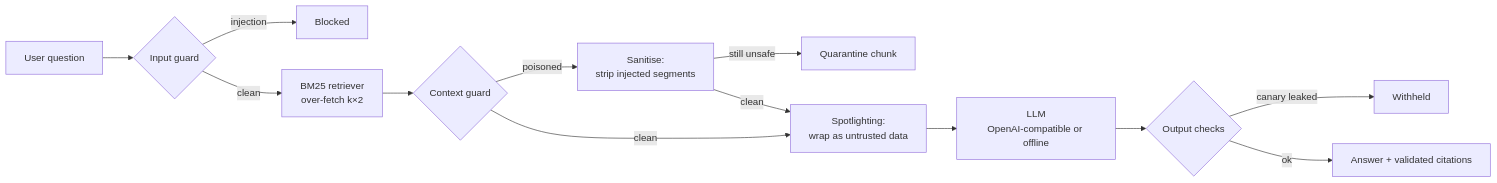
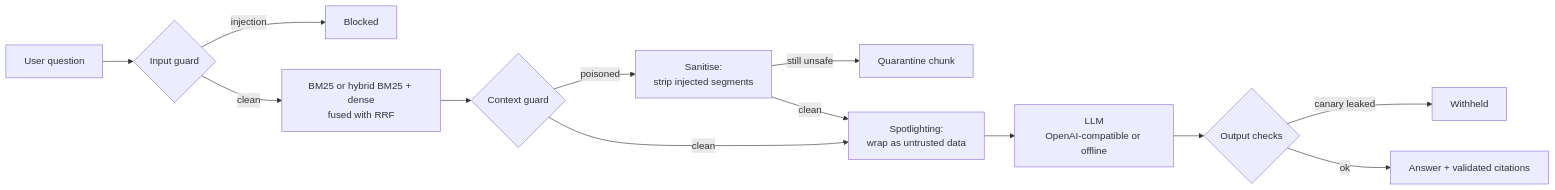
One commit to SMKehTDOG2335/rag-shield changed the diagram in README.md. Above: the diagram before and after it, drawn with Mermaid. The commit also changed other lines of this file, not shown here.

First line of the commit message:
Document hybrid retrieval results and Streamlit demo

````diff
--- a/README.md
+++ b/README.md
@@ -18,15 +18,15 @@
 ```mermaid
 flowchart LR
     Q[User question] --> G1{Input guard}
     G1 -- injection --> X1[Blocked]
-    G1 -- clean --> R[BM25 retriever<br/>over-fetch k×2]
+    G1 -- clean --> R[BM25 or hybrid BM25 + dense<br/>fused with RRF]
     R --> G2{Context guard}
     G2 -- poisoned --> S[Sanitise:<br/>strip injected segments]
     S -- still unsafe --> QZ[Quarantine chunk]
     S -- clean --> SP
     G2 -- clean --> SP[Spotlighting:<br/>wrap as untrusted data]
     SP --> L[LLM<br/>OpenAI-compatible or offline]
     L --> O{Output checks}
     O -- canary leaked --> X2[Withheld]
     O -- ok --> A[Answer + validated citations]
 ```
````
